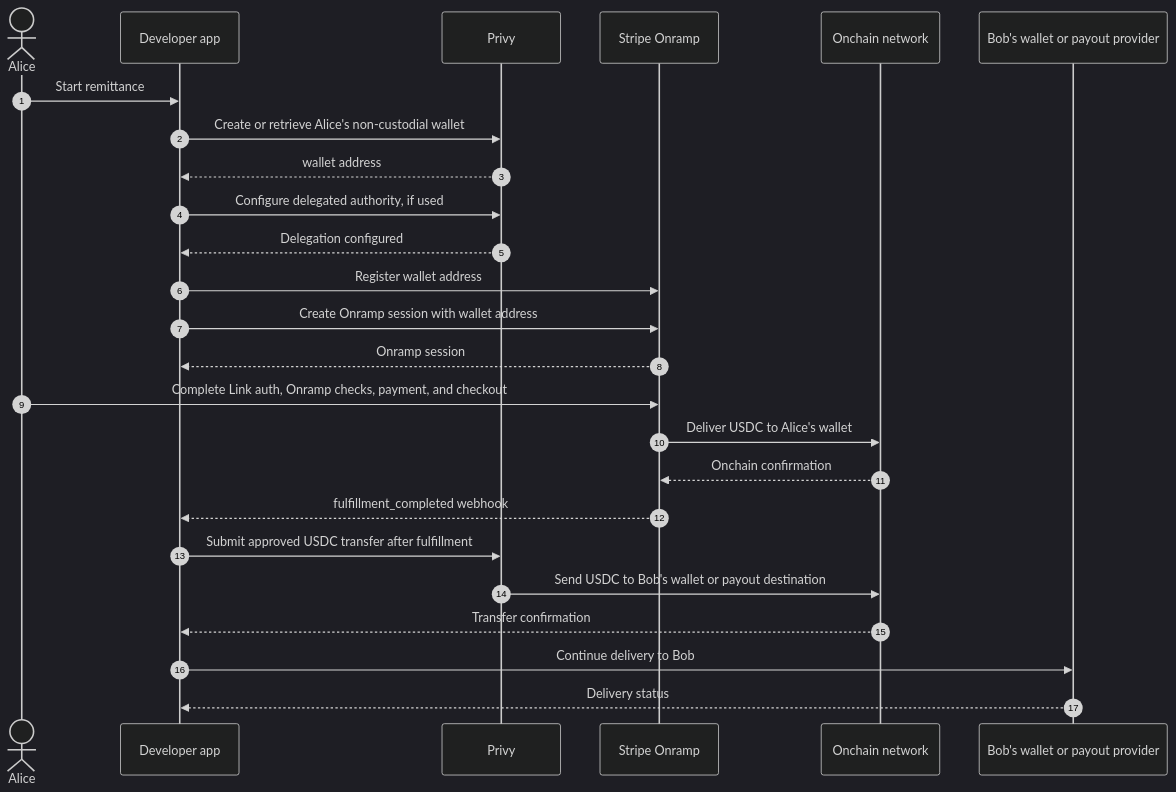
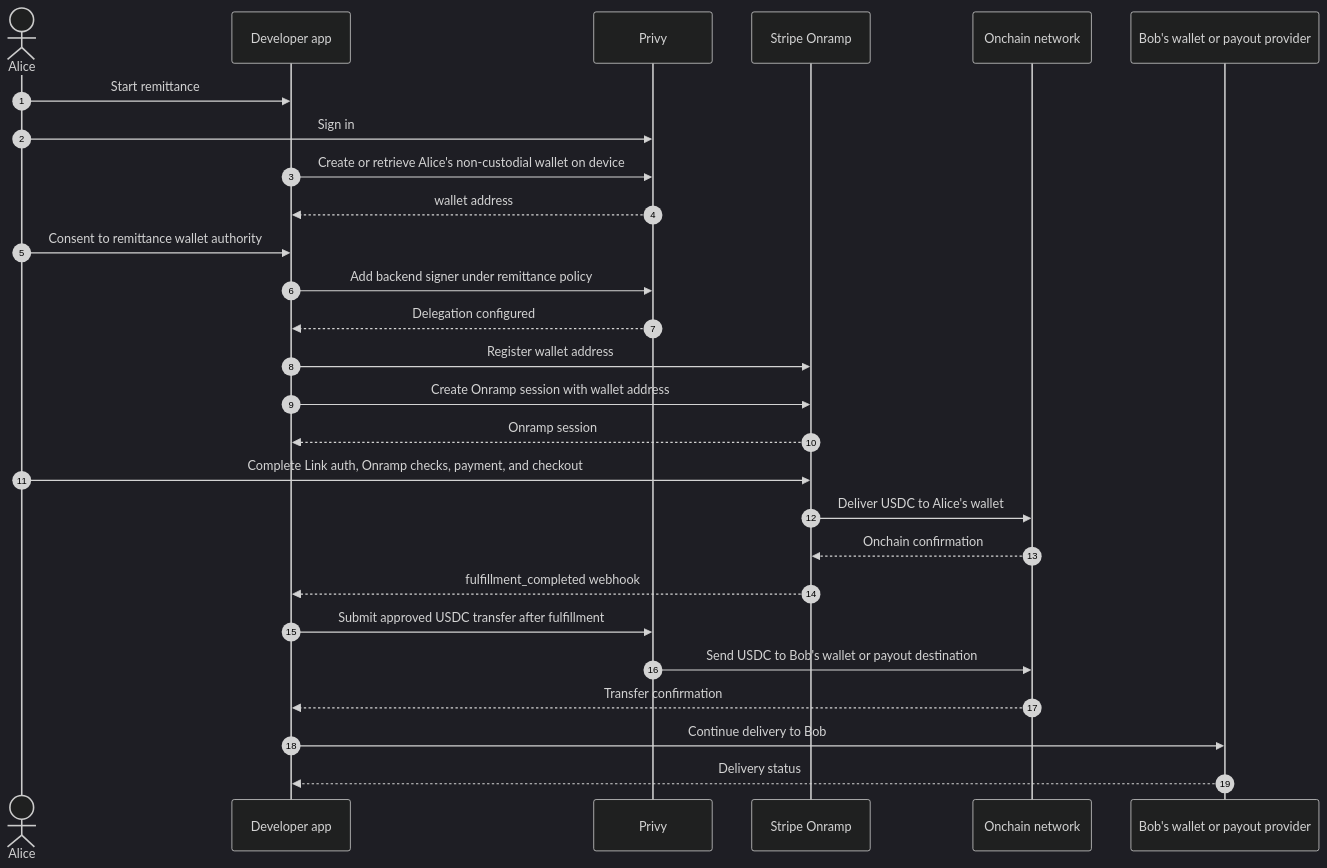
The diagram in remittance-privy-onramp/docs/stablecoin-remittance-recipe.md (stripe-samples/crypto-embedded-components-onramp), drawn with Mermaid (dark theme) before and after one commit. The commit also changed other lines of this file and 21 other files, not shown here.

First line of the commit message:
Add client-side Privy wallet creation

````diff
--- a/remittance-privy-onramp/docs/stablecoin-remittance-recipe.md
+++ b/remittance-privy-onramp/docs/stablecoin-remittance-recipe.md
@@ -40,30 +41,32 @@
 ```mermaid
 sequenceDiagram
   autonumber
   actor Alice
   participant App as Developer app
   participant Privy
   participant Stripe as Stripe Onramp
   participant Chain as Onchain network
   participant Downstream as Bob's wallet or payout provider
 
   Alice->>App: Start remittance
-  App->>Privy: Create or retrieve Alice's non-custodial wallet
+  Alice->>Privy: Sign in
+  App->>Privy: Create or retrieve Alice's non-custodial wallet on device
   Privy-->>App: wallet address
-  App->>Privy: Configure delegated authority, if used
+  Alice->>App: Consent to remittance wallet authority
+  App->>Privy: Add backend signer under remittance policy
   Privy-->>App: Delegation configured
 
   App->>Stripe: Register wallet address
   App->>Stripe: Create Onramp session with wallet address
   Stripe-->>App: Onramp session
   Alice->>Stripe: Complete Link auth, Onramp checks, payment, and checkout
   Stripe->>Chain: Deliver USDC to Alice's wallet
   Chain-->>Stripe: Onchain confirmation
   Stripe-->>App: fulfillment_completed webhook
 
   App->>Privy: Submit approved USDC transfer after fulfillment
   Privy->>Chain: Send USDC to Bob's wallet or payout destination
   Chain-->>App: Transfer confirmation
   App->>Downstream: Continue delivery to Bob
   Downstream-->>App: Delivery status
 ```
````
